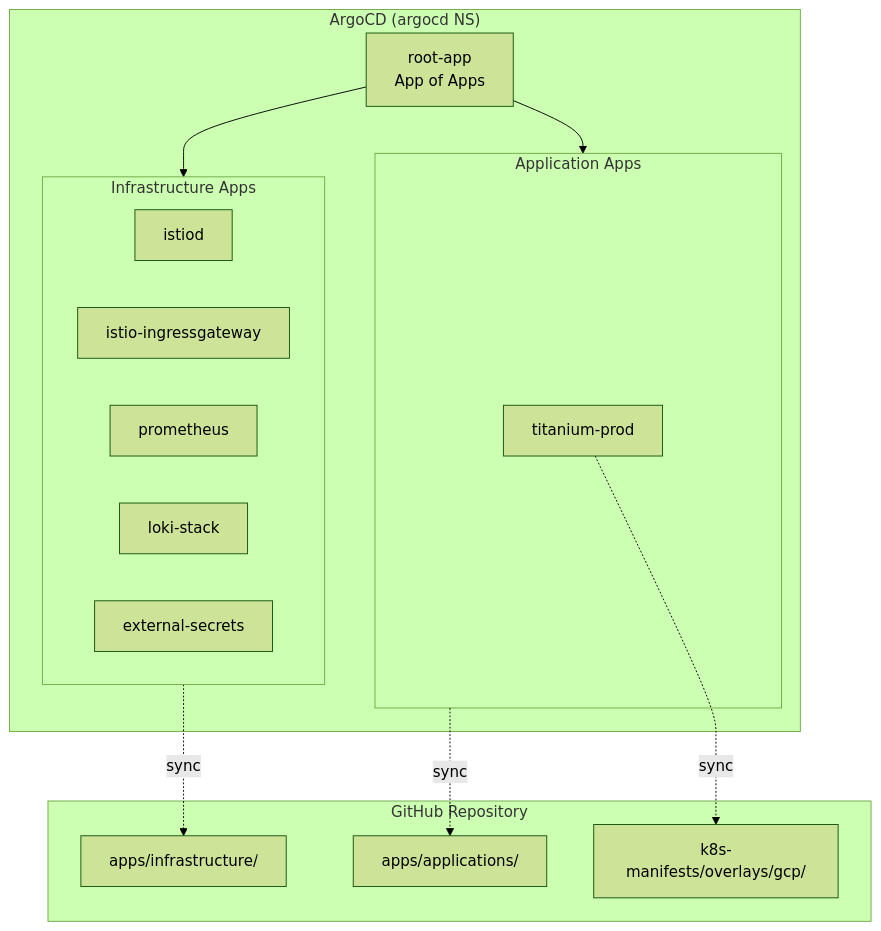
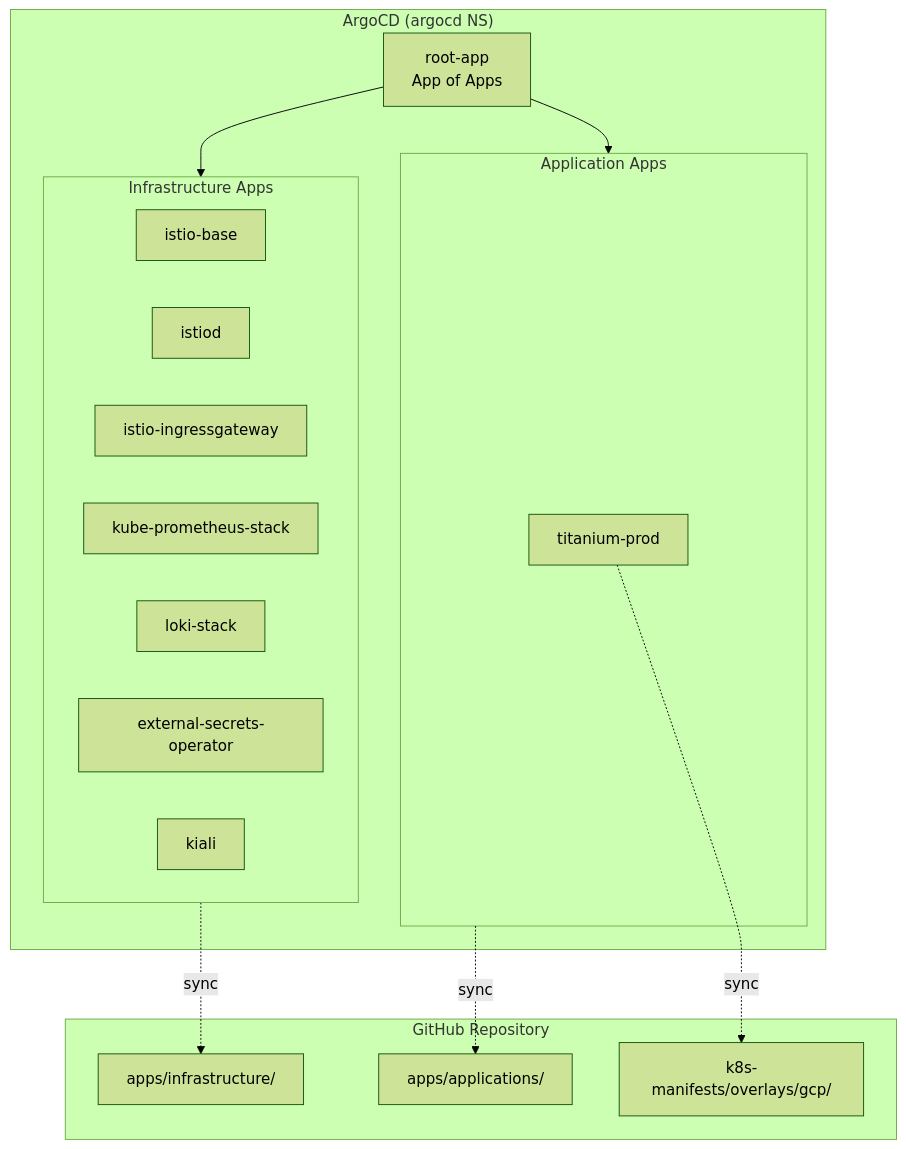
One commit to DvwN-Lee/Monitoring-v3 changed the fifth of 10 diagrams in docs/architecture/README.md. Above: the diagram before and after it, drawn with Mermaid (forest theme). The commit also changed other lines of this file and 15 other files, not shown here.

````diff
--- a/docs/architecture/README.md
+++ b/docs/architecture/README.md
@@ -201,31 +204,33 @@
 ```mermaid
 flowchart TB
     subgraph ArgoCD["ArgoCD (argocd NS)"]
         Root[root-app<br/>App of Apps]
 
         subgraph InfraApps["Infrastructure Apps"]
+            IstioBase[istio-base]
             Istiod[istiod]
             Gateway[istio-ingressgateway]
-            Prom[prometheus]
+            Prom[kube-prometheus-stack]
             Loki[loki-stack]
-            ESO[external-secrets]
+            ESO[external-secrets-operator]
+            Kiali[kiali]
         end
 
         subgraph AppApps["Application Apps"]
             Titanium[titanium-prod]
         end
     end
 
     subgraph GitHub["GitHub Repository"]
         AppsInfra["apps/infrastructure/"]
         AppsApp["apps/applications/"]
         K8sManifests["k8s-manifests/overlays/gcp/"]
     end
 
     Root --> InfraApps
     Root --> AppApps
 
     InfraApps -.->|sync| AppsInfra
     AppApps -.->|sync| AppsApp
     Titanium -.->|sync| K8sManifests
 ```
````
